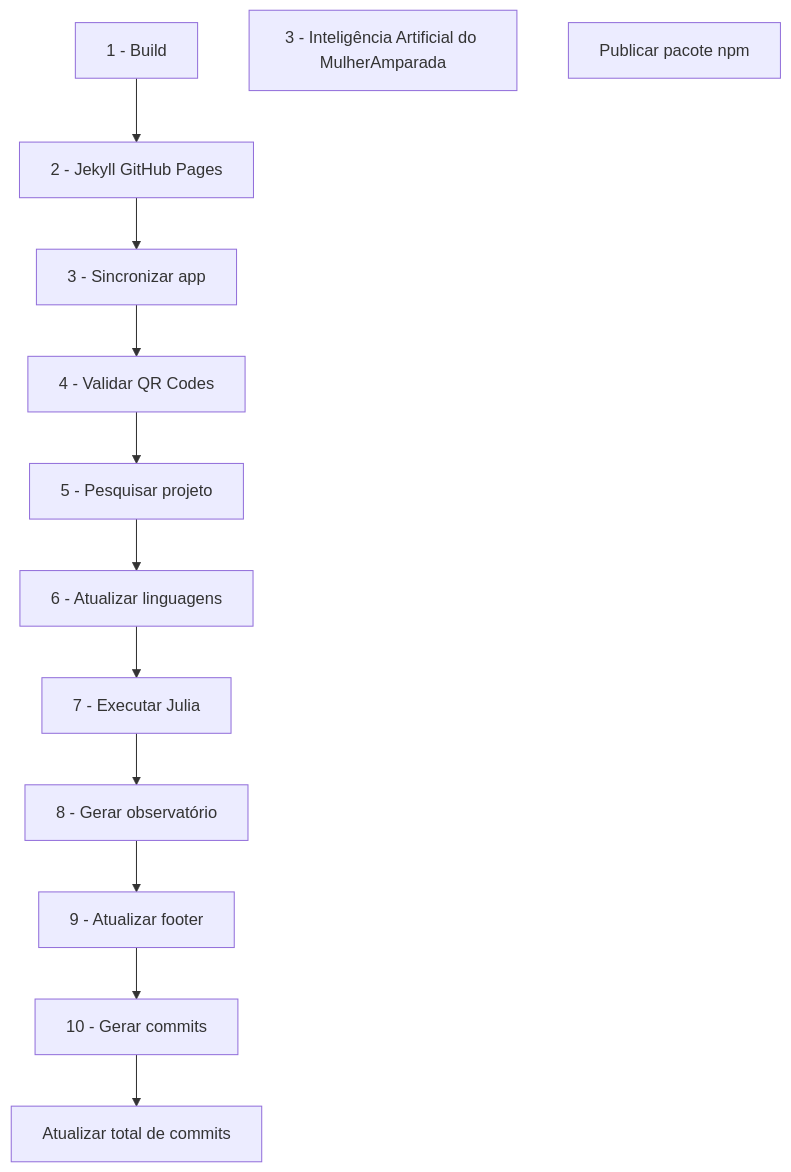
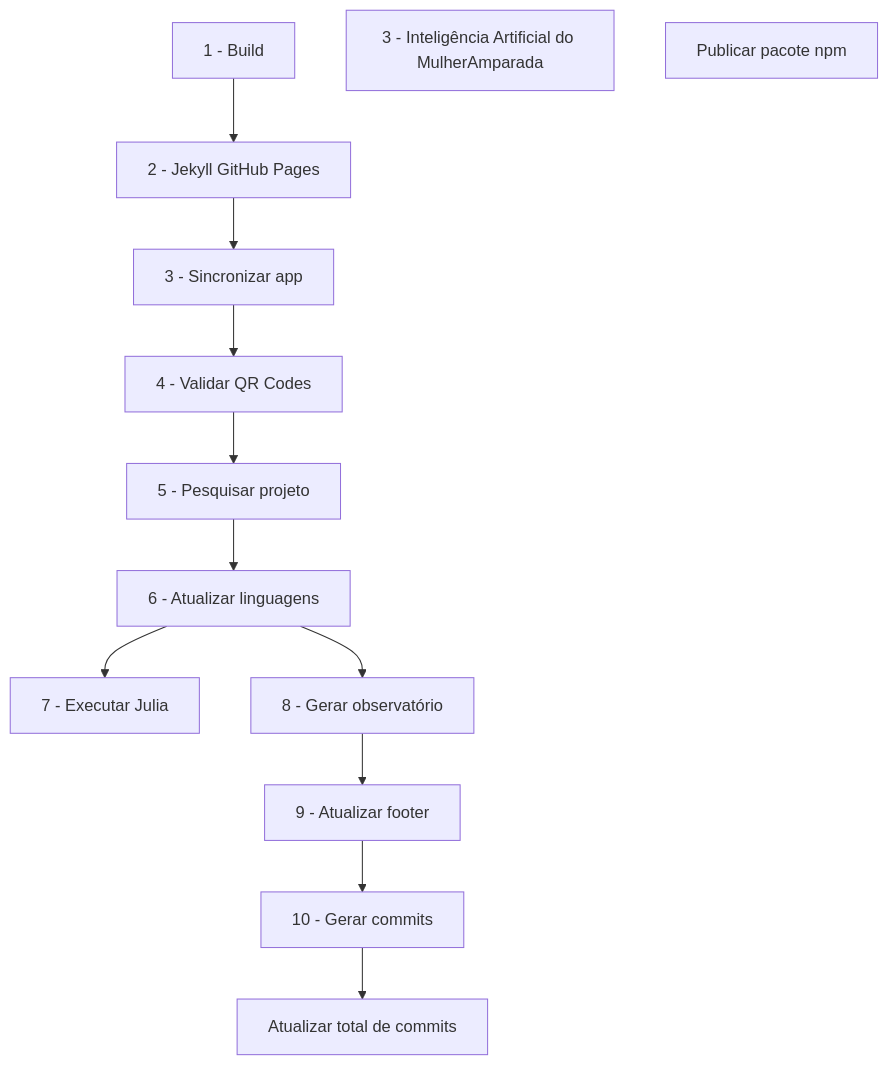
The diagram in pesquisas/workflow.md (mulher-amparada/mulher-amparada-app), drawn with Mermaid before and after one commit. The commit also changed other lines of this file, not shown here.

````diff
--- a/pesquisas/workflow.md
+++ b/pesquisas/workflow.md
@@ -30,26 +30,26 @@
 ```mermaid
 flowchart TD
     job_build["1 - Build"]
     job_amparada_ia["3 - Inteligência Artificial do MulherAmparada"]
     job_jekyll["2 - Jekyll GitHub Pages"]
     job_sincronizar_app["3 - Sincronizar app"]
     job_validar_qrs["4 - Validar QR Codes"]
     job_pesquisar_projeto["5 - Pesquisar projeto"]
     job_linguagens["6 - Atualizar linguagens"]
     job_main_julia["7 - Executar Julia"]
     job_observatorio["8 - Gerar observatório"]
     job_atualizar_footer["9 - Atualizar footer"]
     job_gerar_commits["10 - Gerar commits"]
     job_atualizar_total_commits["Atualizar total de commits"]
     job_publicar["Publicar pacote npm"]
     job_build --> job_jekyll
     job_jekyll --> job_sincronizar_app
     job_sincronizar_app --> job_validar_qrs
     job_validar_qrs --> job_pesquisar_projeto
     job_pesquisar_projeto --> job_linguagens
     job_linguagens --> job_main_julia
-    job_main_julia --> job_observatorio
+    job_linguagens --> job_observatorio
     job_observatorio --> job_atualizar_footer
     job_atualizar_footer --> job_gerar_commits
     job_gerar_commits --> job_atualizar_total_commits
 ```
````
